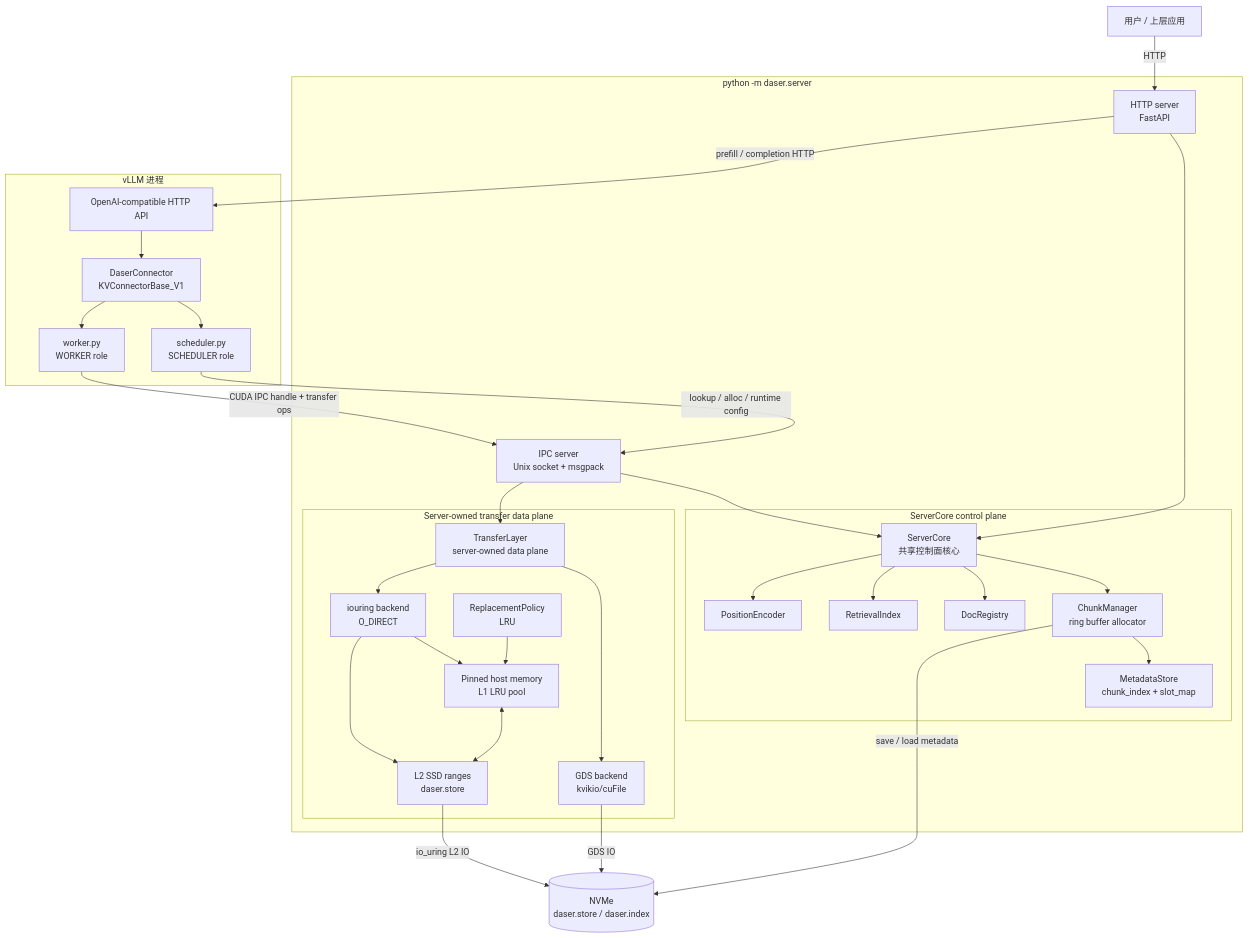
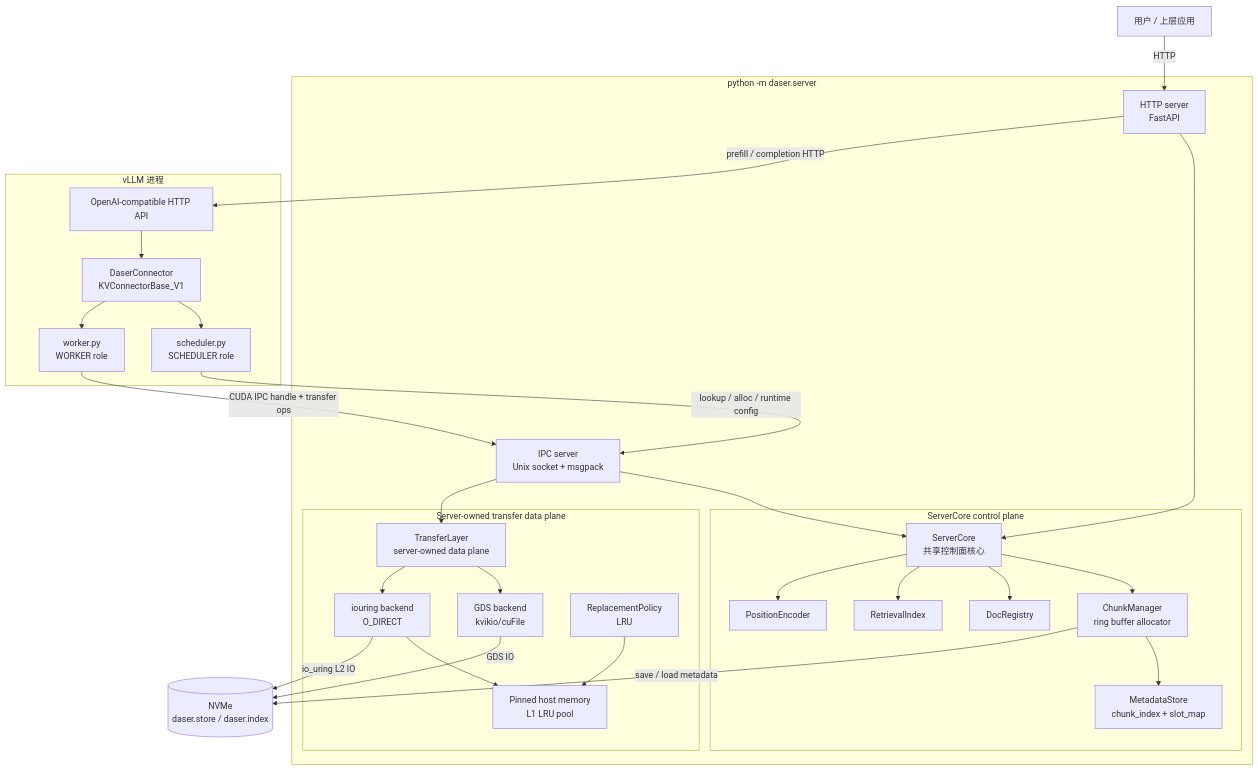
The first of 2 diagrams in docs/design/architecture.md (GentleCold/DaseR), drawn with Mermaid before and after one commit. The commit also changed other lines of this file, not shown here.

````diff
--- a/docs/design/architecture.md
+++ b/docs/design/architecture.md
@@ -11,64 +11,61 @@
 ```mermaid
 graph TB
     User["用户 / 上层应用"]
 
     subgraph server["python -m daser.server"]
         HTTP["HTTP server<br/>FastAPI"]
         IPC["IPC server<br/>Unix socket + msgpack"]
         subgraph core_owner["ServerCore control plane"]
             CORE["ServerCore<br/>共享控制面核心"]
             CM["ChunkManager<br/>ring buffer allocator"]
             MS["MetadataStore<br/>chunk_index + slot_map"]
             DR["DocRegistry"]
             RI["RetrievalIndex"]
             PE["PositionEncoder"]
 
             CORE --> CM
             CORE --> DR
             CORE --> RI
             CORE --> PE
             CM --> MS
         end
 
         subgraph transfer_owner["Server-owned transfer data plane"]
             TL["TransferLayer<br/>server-owned data plane"]
             GDS["GDS backend<br/>kvikio/cuFile"]
             IOR["iouring backend<br/>O_DIRECT"]
             L1["Pinned host memory<br/>L1 LRU pool"]
             RP["ReplacementPolicy<br/>LRU"]
-            L2["L2 SSD ranges<br/>daser.store"]
 
             TL --> GDS
             TL --> IOR
             IOR --> L1
             RP --> L1
-            L1 <--> L2
-            IOR --> L2
         end
 
         HTTP --> CORE
         IPC --> CORE
         IPC --> TL
     end
 
     subgraph vllm["vLLM 进程"]
         VAPI["OpenAI-compatible HTTP API"]
         DC["DaserConnector<br/>KVConnectorBase_V1"]
         SCHED["scheduler.py<br/>SCHEDULER role"]
         WORKER["worker.py<br/>WORKER role"]
 
         VAPI --> DC
         DC --> SCHED
         DC --> WORKER
     end
 
     NVMe[("NVMe<br/>daser.store / daser.index")]
 
     User -- "HTTP" --> HTTP
     HTTP -- "prefill / completion HTTP" --> VAPI
     SCHED -- "lookup / alloc / runtime config" --> IPC
     WORKER -- "CUDA IPC handle + transfer ops" --> IPC
     GDS -- "GDS IO" --> NVMe
-    L2 -- "io_uring L2 IO" --> NVMe
+    IOR -- "io_uring L2 IO" --> NVMe
     CM -- "save / load metadata" --> NVMe
 ```
````
